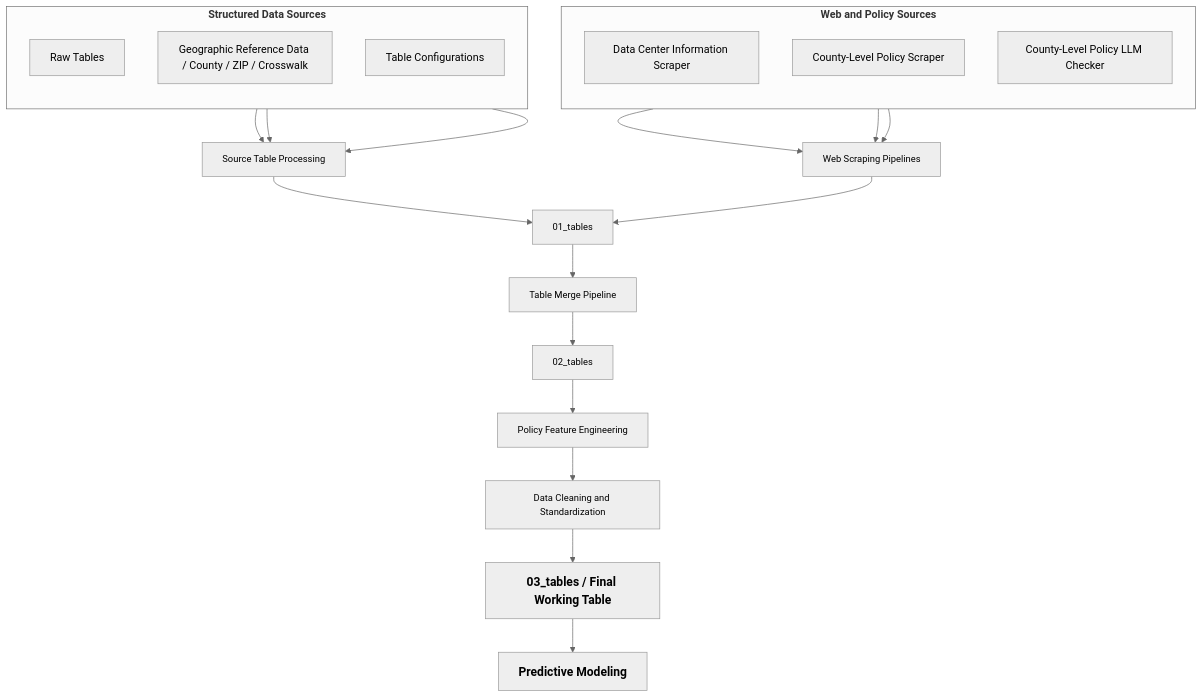
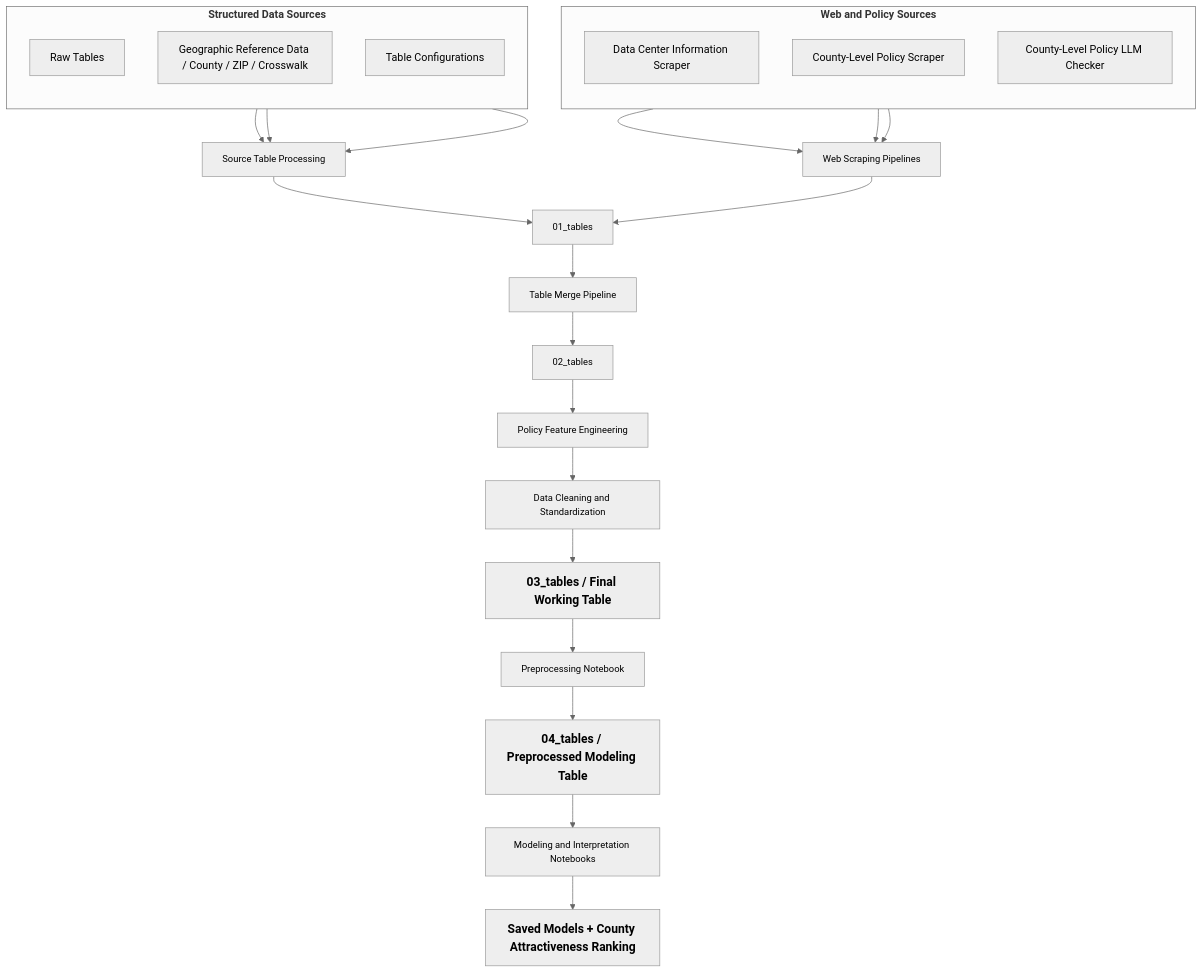
The first of 2 diagrams in README.md (RX67-RX67/data-center-siting-analysis), drawn with Mermaid (neutral theme) before and after one commit. The commit also changed other lines of this file and 13 other files, not shown here.

First line of the commit message:
add preprocessing, modeling, and interpretation notebooks with saved models

````diff
--- a/README.md
+++ b/README.md
@@ -72,62 +86,70 @@
 ```mermaid
 
 flowchart TD
 
     %% ===== Styles =====
     classDef main font-size:18px,font-weight:bold;
     classDef group font-size:16px,font-weight:bold;
     classDef output font-size:18px,font-weight:bold;
     classDef normal font-size:14px;
 
     %% ===== Left sources =====
     subgraph S1[Structured Data Sources]
         direction TB
         A1[Raw Tables]
         A2[Geographic Reference Data / County / ZIP / Crosswalk]
         A3[Table Configurations]
     end
 
     %% ===== Right sources =====
     subgraph S2[Web and Policy Sources]
         direction TB
         B1[Data Center Information Scraper]
         B2[County-Level Policy Scraper]
         B3[County-Level Policy LLM Checker]
     end
 
     %% ===== Main pipeline =====
     C1[Source Table Processing]
     C2[Web Scraping Pipelines]
     D1[01_tables]
     D2[Table Merge Pipeline]
     D3[02_tables]
     D4[Policy Feature Engineering]
     D5[Data Cleaning and Standardization]
     E1[03_tables / Final Working Table]
-    E2[Predictive Modeling]
+    E2[Preprocessing Notebook]
+    E3[04_tables / Preprocessed Modeling Table]
+    E4[Modeling and Interpretation Notebooks]
+    E5[Saved Models + County Attractiveness Ranking]
 
     %% ===== Connections =====
     A1 --> C1
     A2 --> C1
     A3 --> C1
 
     B1 --> C2
     B2 --> C2
     B3 --> C2
 
     C1 --> D1
     C2 --> D1
     D1 --> D2
     D2 --> D3
     D3 --> D4
     D4 --> D5
     D5 --> E1
     E1 --> E2
+    E2 --> E3
+    E3 --> E4
+    E4 --> E5
 
     %% ===== Apply styles =====
     class S1,S2 group;
     class C1,C2,D2,D4,D5 normal;
     class D1,D3 normal;
-    class E1,E2 main;
+    class E1,E3 main;
+    class E2,E4 normal;
+    class E5 output;
     
 ```
````
